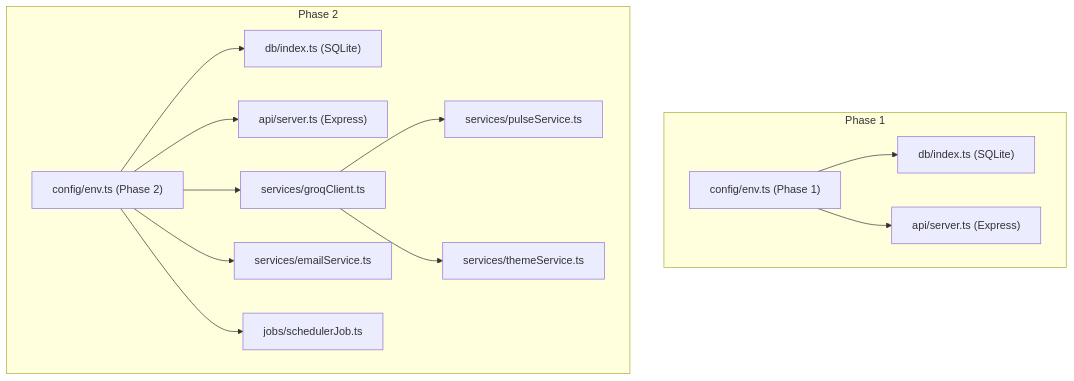
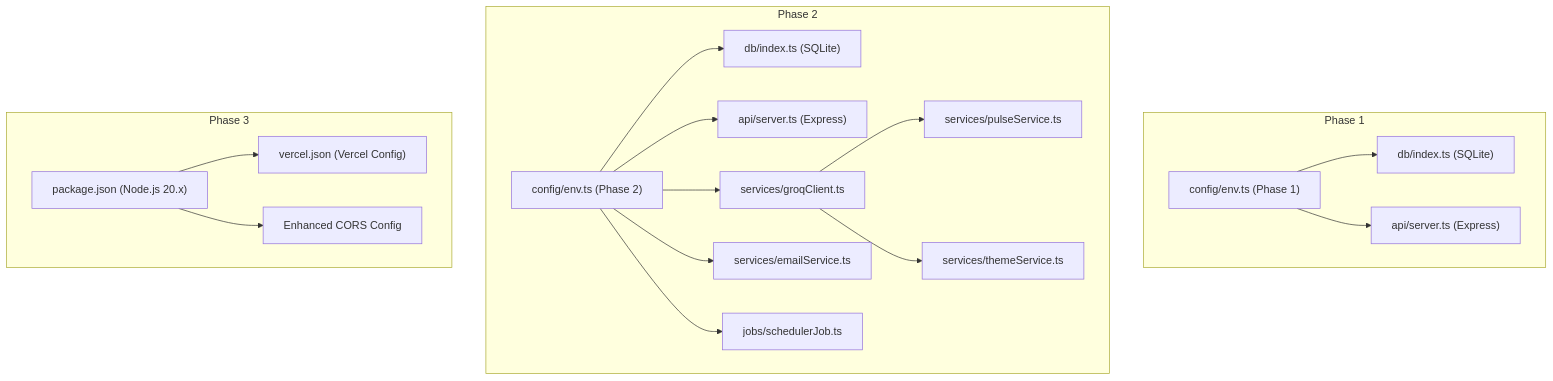
One commit to aravinthraj-ramalingam/Groww-App-Review-Insights-Analyzer- changed the first of 4 diagrams in .qoder/repowiki/en/content/Configuration Management.md. Above: the diagram before and after it, drawn with Mermaid. The commit also changed other lines of this file and 3 other files, not shown here.

````diff
--- a/.qoder/repowiki/en/content/Configuration Management.md
+++ b/.qoder/repowiki/en/content/Configuration Management.md
@@ -39,27 +48,34 @@
 ```mermaid
 graph TB
 subgraph "Phase 1"
 P1_ENV["config/env.ts (Phase 1)"]
 P1_DB["db/index.ts (SQLite)"]
 P1_SRV["api/server.ts (Express)"]
 end
 subgraph "Phase 2"
 P2_ENV["config/env.ts (Phase 2)"]
 P2_DB["db/index.ts (SQLite)"]
 P2_SRV["api/server.ts (Express)"]
 P2_GROQ["services/groqClient.ts"]
 P2_EMAIL["services/emailService.ts"]
 P2_SCHED["jobs/schedulerJob.ts"]
 P2_PULSE["services/pulseService.ts"]
 P2_THEME["services/themeService.ts"]
 end
+subgraph "Phase 3"
+P3_PKG["package.json (Node.js 20.x)"]
+P3_VERCEL["vercel.json (Vercel Config)"]
+P3_CORS["Enhanced CORS Config"]
+end
 P1_ENV --> P1_DB
 P1_ENV --> P1_SRV
 P2_ENV --> P2_DB
 P2_ENV --> P2_SRV
 P2_ENV --> P2_GROQ
 P2_ENV --> P2_EMAIL
 P2_ENV --> P2_SCHED
 P2_GROQ --> P2_PULSE
 P2_GROQ --> P2_THEME
+P3_PKG --> P3_VERCEL
+P3_PKG --> P3_CORS
 ```
````
